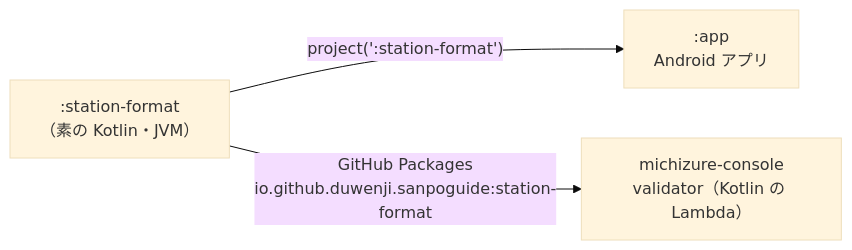
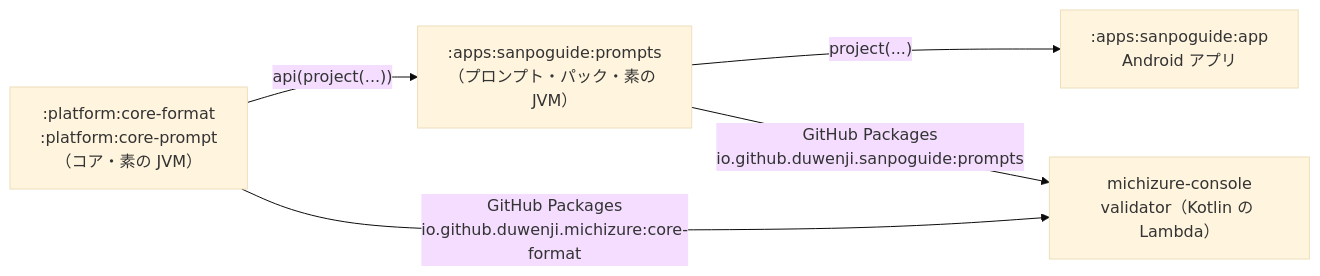
One commit to duwenji/yorisoi-tutorial changed the diagram in 05-station-format/01-jvm-library.md. Above: the diagram before and after it, drawn with Mermaid (base theme). The commit also changed other lines of this file and 3 other files, not shown here.

Commit message:
docs: 5-1〜5-3 をコアとプロンプト・パック（RFC-002）、format 2 に合わせて書き直す

````diff
--- a/05-station-format/01-jvm-library.md
+++ b/05-station-format/01-jvm-library.md
@@ -31,6 +35,9 @@
 ```mermaid
 flowchart LR
-    SF[":station-format<br/>（素の Kotlin・JVM）"]
-    SF -->|"project(':station-format')"| APP[":app<br/>Android アプリ"]
-    SF -->|"GitHub Packages<br/>io.github.duwenji.sanpoguide:station-format"| VAL["michizure-console<br/>validator（Kotlin の Lambda）"]
+    CORE[":platform:core-format<br/>:platform:core-prompt<br/>（コア・素の JVM）"]
+    PACK[":apps:sanpoguide:prompts<br/>（プロンプト・パック・素の JVM）"]
+    CORE -->|"api(project(...))"| PACK
+    PACK -->|"project(...)"| APP[":apps:sanpoguide:app<br/>Android アプリ"]
+    CORE -->|"GitHub Packages<br/>io.github.duwenji.michizure:core-format"| VAL["michizure-console<br/>validator（Kotlin の Lambda）"]
+    PACK -->|"GitHub Packages<br/>io.github.duwenji.sanpoguide:prompts"| VAL
 ```
````
